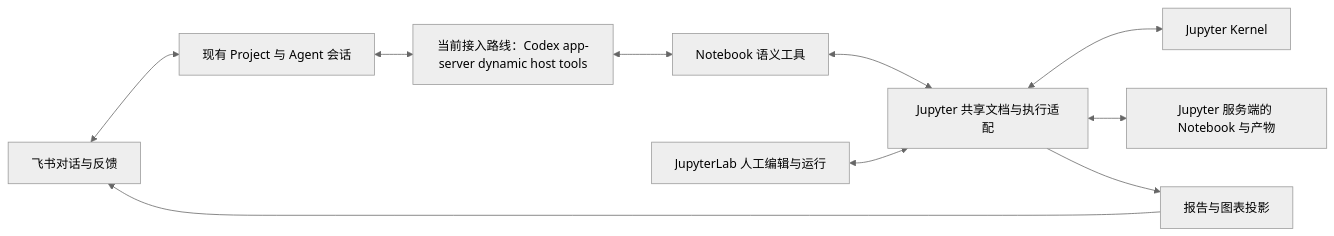
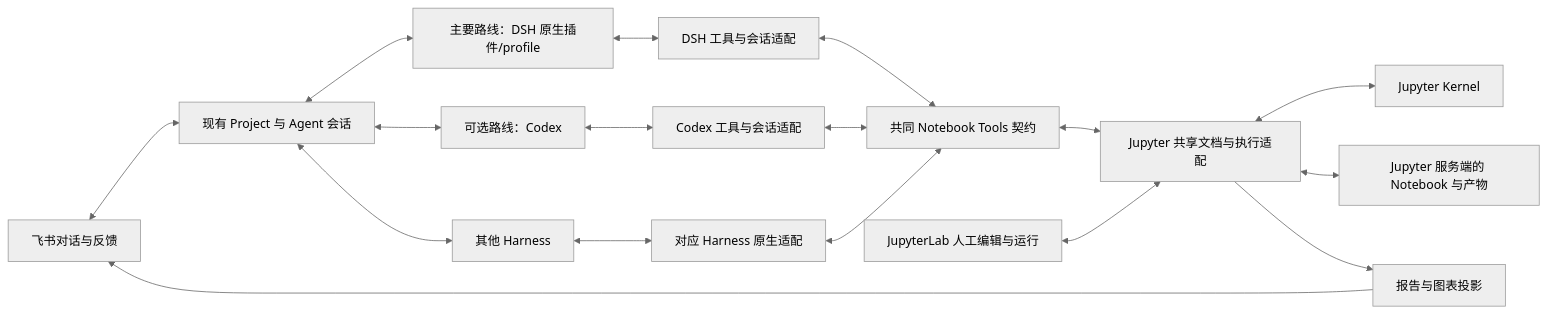
Before and after one commit to hs3180/disclaude: the diagram in docs/designs/jupyter-harness.md, drawn with Mermaid (neutral theme). The commit also changed other lines of this file and 31 other files, not shown here.

Commit message:
feat(dsh): add native tools and durable session control

````diff
--- a/docs/designs/jupyter-harness.md
+++ b/docs/designs/jupyter-harness.md
@@ -27,12 +29,19 @@
 ```mermaid
 flowchart LR
   F[飞书对话与反馈] <--> P[现有 Project 与 Agent 会话]
-  P <--> A[当前接入路线：Codex app-server dynamic host tools]
-  A <--> T[Notebook 语义工具]
+  P <--> D[主要路线：DSH 原生插件/profile]
+  P <--> C[可选路线：Codex]
+  P <--> O[其他 Harness]
+  D <--> DA[DSH 工具与会话适配]
+  C <--> CA[Codex 工具与会话适配]
+  O <--> OA[对应 Harness 原生适配]
+  DA <--> T[共同 Notebook Tools 契约]
+  CA <--> T
+  OA <--> T
   T <--> J[Jupyter 共享文档与执行适配]
   H[JupyterLab 人工编辑与运行] <--> J
   J <--> K[Jupyter Kernel]
   J <--> N[Jupyter 服务端的 Notebook 与产物]
   J --> V[报告与图表投影]
   V --> F
 ```
````
